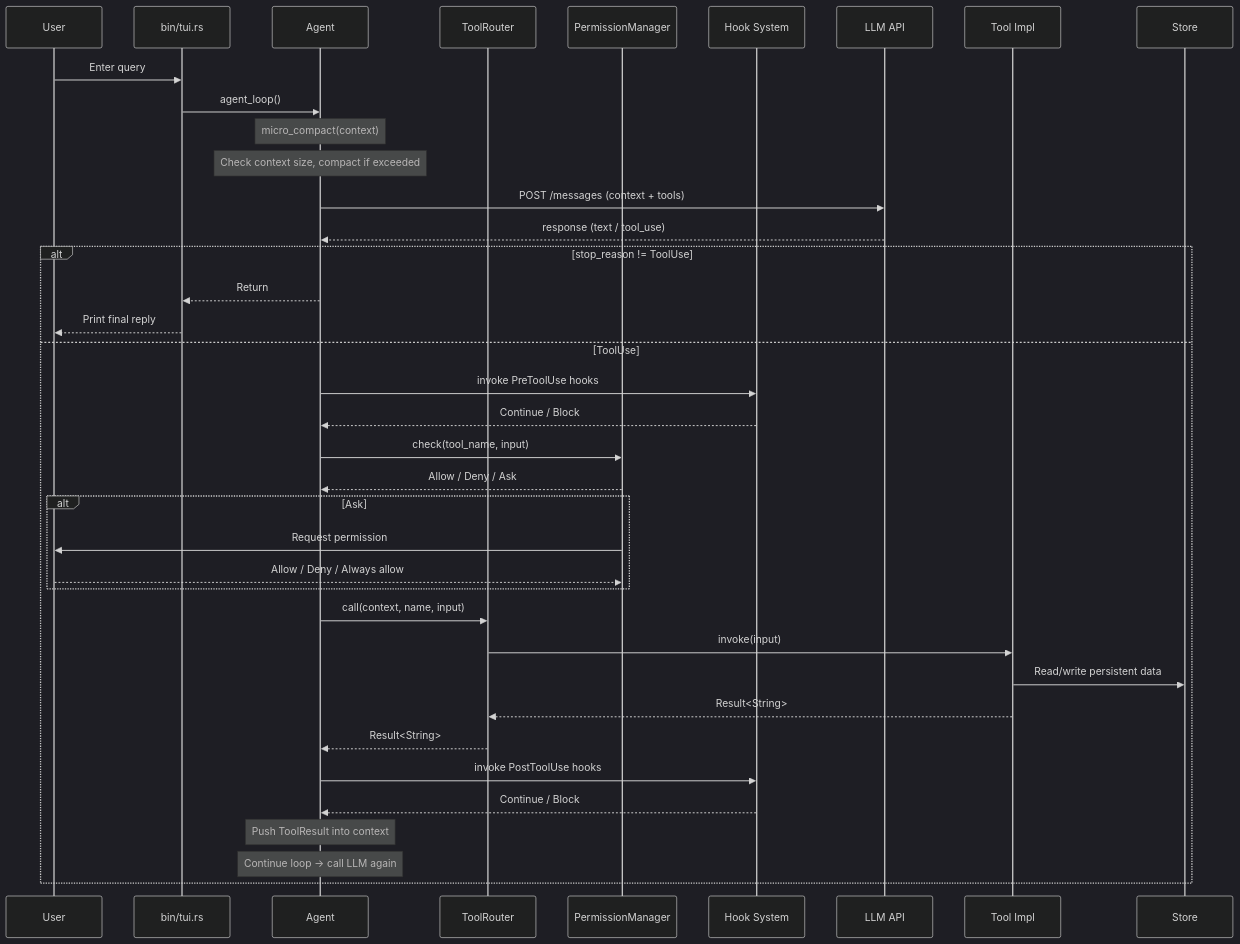
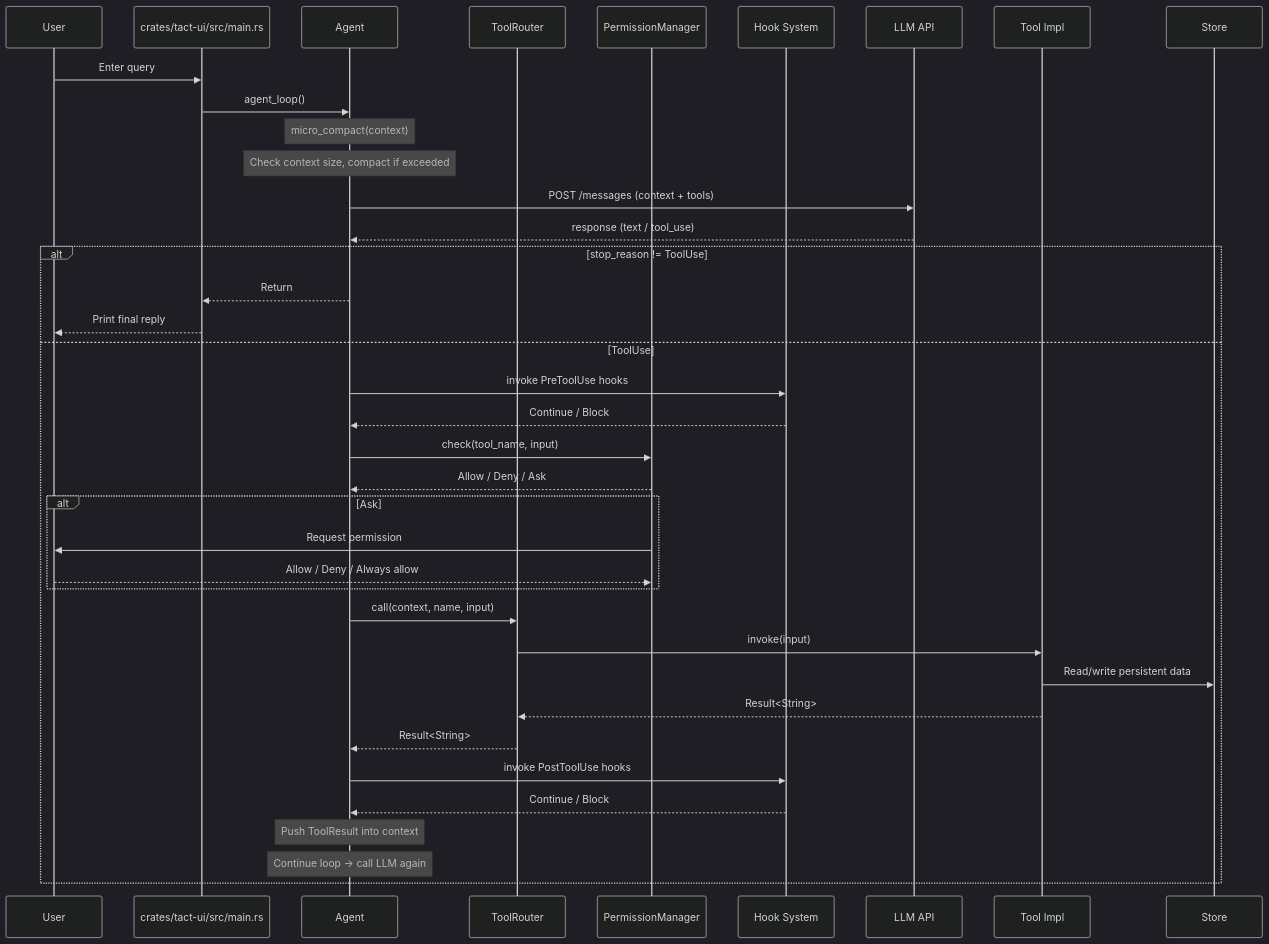
Before and after one commit to rust-infra/tact: the second of 2 diagrams in crates/tact/architecture.md, drawn with Mermaid (dark theme). The commit also changed other lines of this file and 31 other files, not shown here.

````diff
--- a/crates/tact/architecture.md
+++ b/crates/tact/architecture.md
@@ -138,47 +138,47 @@
 ```mermaid
 sequenceDiagram
     participant User as User
-    participant Main as bin/tui.rs
+    participant Main as crates/tact-ui/src/main.rs
     participant Agent as Agent
     participant Router as ToolRouter
     participant Perm as PermissionManager
     participant Hooks as Hook System
     participant LLM as LLM API
     participant Tool as Tool Impl
     participant Store as Store
 
     User->>Main: Enter query
     Main->>Agent: agent_loop()
     Note over Agent: micro_compact(context)
     Note over Agent: Check context size, compact if exceeded
 
     Agent->>LLM: POST /messages (context + tools)
     LLM-->>Agent: response (text / tool_use)
 
     alt stop_reason != ToolUse
         Agent-->>Main: Return
         Main-->>User: Print final reply
     else ToolUse
         Agent->>Hooks: invoke PreToolUse hooks
         Hooks-->>Agent: Continue / Block
 
         Agent->>Perm: check(tool_name, input)
         Perm-->>Agent: Allow / Deny / Ask
         alt Ask
             Perm->>User: Request permission
             User-->>Perm: Allow / Deny / Always allow
         end
 
         Agent->>Router: call(context, name, input)
         Router->>Tool: invoke(input)
         Tool->>Store: Read/write persistent data
         Tool-->>Router: Result<String>
         Router-->>Agent: Result<String>
 
         Agent->>Hooks: invoke PostToolUse hooks
         Hooks-->>Agent: Continue / Block
 
         Note over Agent: Push ToolResult into context
         Note over Agent: Continue loop → call LLM again
     end
 ```
````
